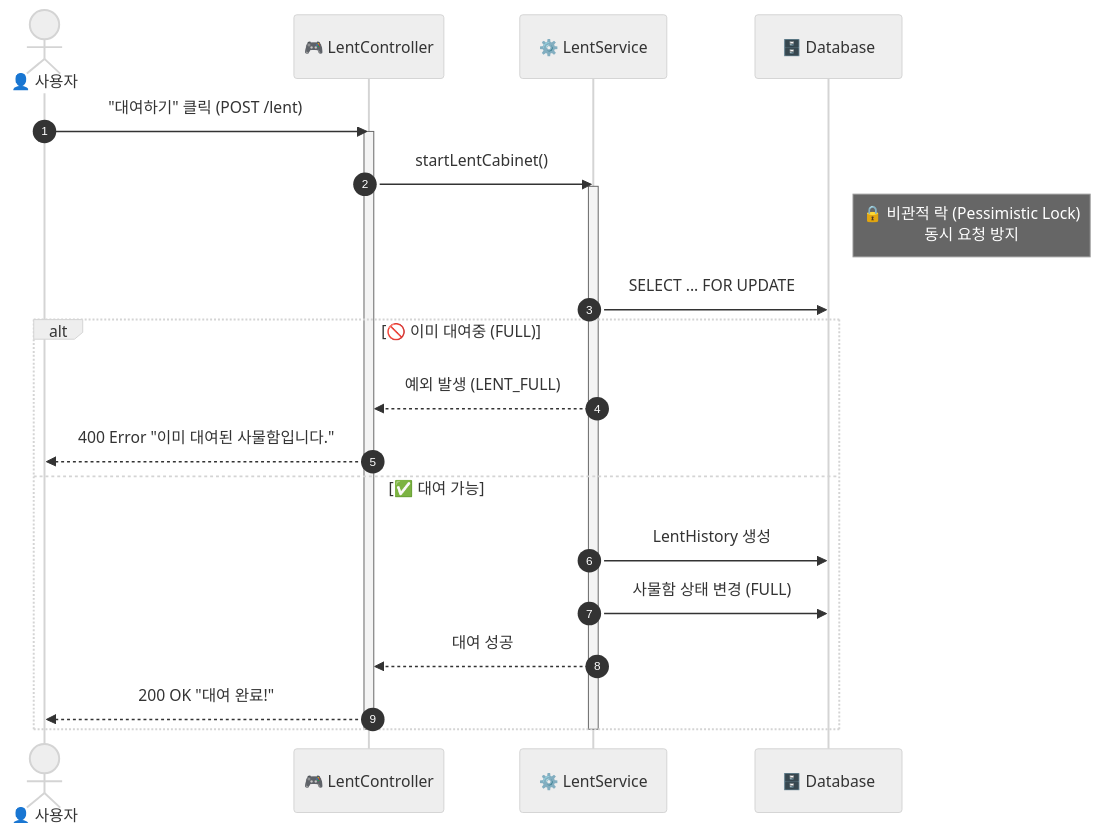
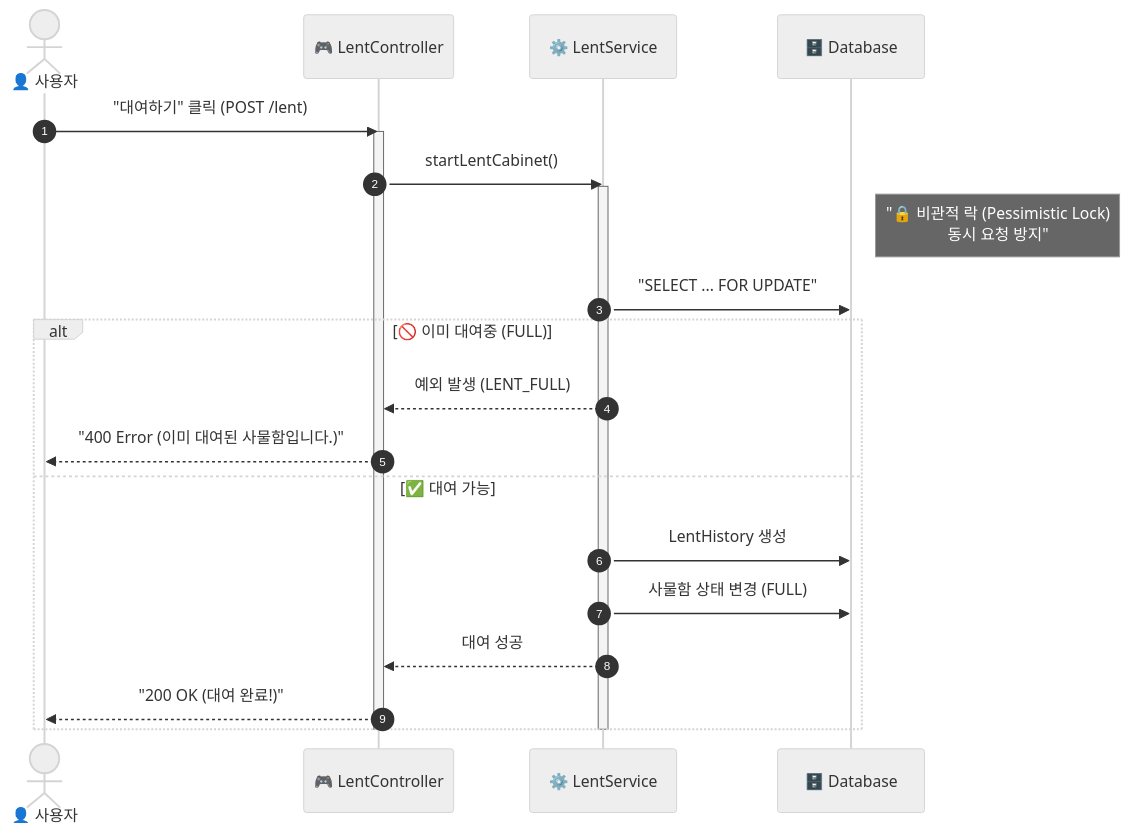
One commit to farmer0010/ft_transcendence changed the fourth of 7 diagrams in backend/README.md. Above: the diagram before and after it, drawn with Mermaid (neutral theme). The commit also changed other lines of this file, not shown here.

````diff
--- a/backend/README.md
+++ b/backend/README.md
@@ -369,28 +373,28 @@
 ```mermaid
 sequenceDiagram
     autonumber
     actor User as 👤 사용자
     participant Controller as 🎮 LentController
     participant Service as ⚙️ LentService
     participant DB as 🗄️ Database
 
     User->>Controller: "대여하기" 클릭 (POST /lent)
     activate Controller
     Controller->>Service: startLentCabinet()
     activate Service
     
-    Note right of DB: 🔒 비관적 락 (Pessimistic Lock)<br/>동시 요청 방지
-    Service->>DB: SELECT ... FOR UPDATE
+    Note right of DB: "🔒 비관적 락 (Pessimistic Lock)<br/>동시 요청 방지"
+    Service->>DB: "SELECT ... FOR UPDATE"
     
     alt 🚫 이미 대여중 (FULL)
         Service-->>Controller: 예외 발생 (LENT_FULL)
-        Controller-->>User: 400 Error "이미 대여된 사물함입니다."
+        Controller-->>User: "400 Error (이미 대여된 사물함입니다.)"
     else ✅ 대여 가능
         Service->>DB: LentHistory 생성
         Service->>DB: 사물함 상태 변경 (FULL)
         Service-->>Controller: 대여 성공
-        Controller-->>User: 200 OK "대여 완료!"
+        Controller-->>User: "200 OK (대여 완료!)"
     end
     deactivate Service
     deactivate Controller
 ```
````
